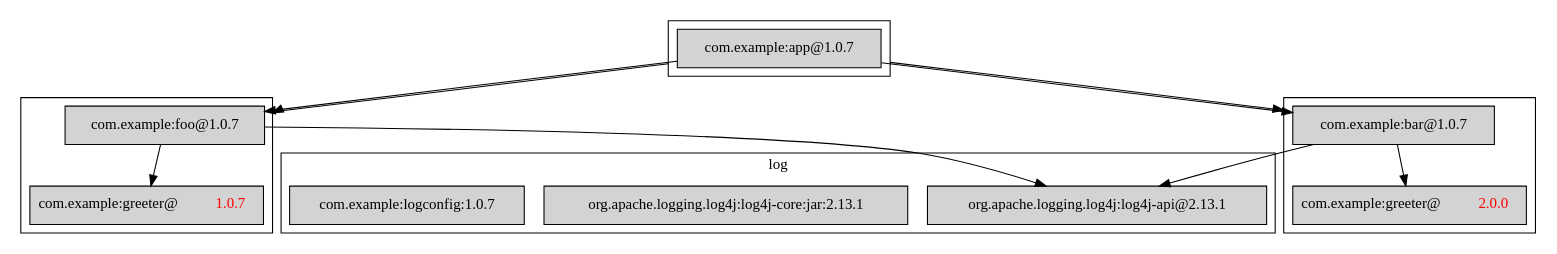
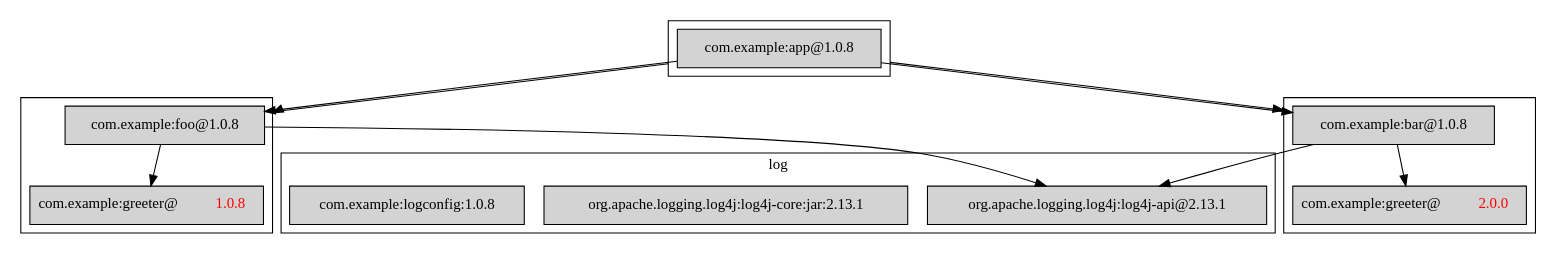
Before and after one commit to aalmiray/playground: the diagram in images/example.dot, drawn with Graphviz. The commit also changed 8 other files, not shown here.

```diff
--- a/images/example.dot
+++ b/images/example.dot
@@ -1,45 +1,45 @@
 
 
 
 digraph "package dependencies"
 {
     node [shape=box]
     compound=true;
     
     subgraph cluster_log {
         node [style=filled];
     	"org.apache.logging.log4j:log4j-api@2.13.1"
     	"org.apache.logging.log4j:log4j-core:jar:2.13.1"
-        "com.example:logconfig:1.0.7"
+        "com.example:logconfig:1.0.8"
     	label = "log";
     }
     
     subgraph cluster_foo {
         node [style=filled];
         
         
-        "com.example:foo@1.0.7";
-        "com.example:greeter@1.0.7" [label=<com.example:greeter@<font color='red'>1.0.7</font>>];
+        "com.example:foo@1.0.8";
+        "com.example:greeter@1.0.8" [label=<com.example:greeter@<font color='red'>1.0.8</font>>];
         
-        "com.example:foo@1.0.7" -> "org.apache.logging.log4j:log4j-api@2.13.1";
-        "com.example:foo@1.0.7" -> "com.example:greeter@1.0.7";
+        "com.example:foo@1.0.8" -> "org.apache.logging.log4j:log4j-api@2.13.1";
+        "com.example:foo@1.0.8" -> "com.example:greeter@1.0.8";
     }
     
     subgraph cluster_bar {
         node [style=filled];
         
         "com.example:greeter@2.0.0" [label=<com.example:greeter@<font color='red'>2.0.0</font>>];
-        "com.example:bar@1.0.7" -> "org.apache.logging.log4j:log4j-api@2.13.1";
-        "com.example:bar@1.0.7" -> "com.example:greeter@2.0.0";
+        "com.example:bar@1.0.8" -> "org.apache.logging.log4j:log4j-api@2.13.1";
+        "com.example:bar@1.0.8" -> "com.example:greeter@2.0.0";
     }
     
     subgraph cluster_app {
         node [style=filled];
         
-        "com.example:app@1.0.7"  -> "com.example:foo@1.0.7";
-        "com.example:app@1.0.7"  -> "com.example:bar@1.0.7";
+        "com.example:app@1.0.8"  -> "com.example:foo@1.0.8";
+        "com.example:app@1.0.8"  -> "com.example:bar@1.0.8";
         
-        "com.example:app@1.0.7"  -> "com.example:foo@1.0.7" [ltail=cluster_app,lhead=cluster_foo];
-        "com.example:app@1.0.7"  -> "com.example:bar@1.0.7" [ltail=cluster_app,lhead=cluster_bar];
+        "com.example:app@1.0.8"  -> "com.example:foo@1.0.8" [ltail=cluster_app,lhead=cluster_foo];
+        "com.example:app@1.0.8"  -> "com.example:bar@1.0.8" [ltail=cluster_app,lhead=cluster_bar];
     }
 }
```
